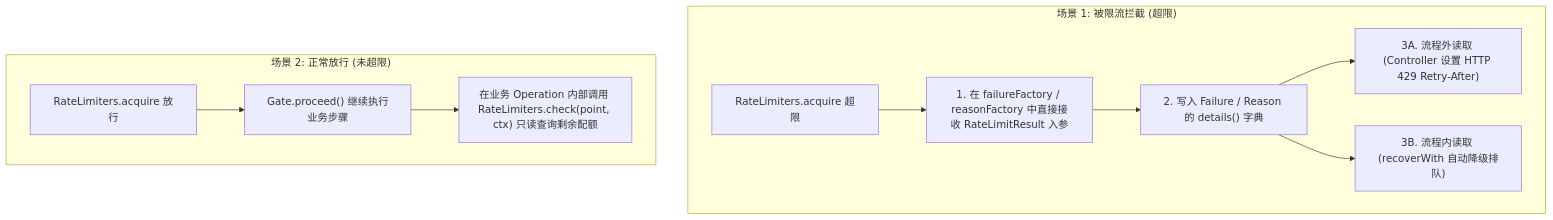
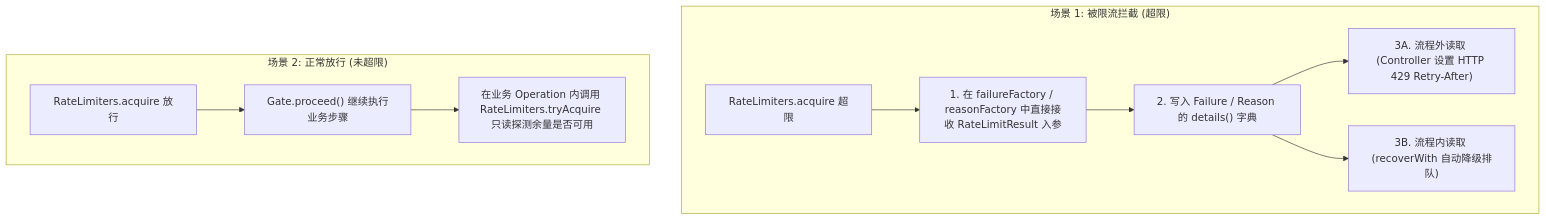
One commit to team4u/team4u-framework changed the second of 2 diagrams in docs/flow/policy-ratelimiter.md. Above: the diagram before and after it, drawn with Mermaid. The commit also changed other lines of this file and 121 other files, not shown here.

First line of the commit message:
refactor(flow): 流程框架深度审查修复与破坏性重构

````diff
--- a/docs/flow/policy-ratelimiter.md
+++ b/docs/flow/policy-ratelimiter.md
@@ -139,14 +146,14 @@
 ```mermaid
 graph TD
     subgraph "场景 1: 被限流拦截 (超限)"
         ACQ1["RateLimiters.acquire 超限"] --> FF["1. 在 failureFactory / reasonFactory 中直接接收 RateLimitResult 入参"]
         FF --> DET["2. 写入 Failure / Reason 的 details() 字典"]
         DET --> EXT["3A. 流程外读取 (Controller 设置 HTTP 429 Retry-After)"]
         DET --> REC["3B. 流程内读取 (recoverWith 自动降级排队)"]
     end
 
     subgraph "场景 2: 正常放行 (未超限)"
         ACQ2["RateLimiters.acquire 放行"] --> PROCEED["Gate.proceed() 继续执行业务步骤"]
-        PROCEED --> CHK["在业务 Operation 内部调用 RateLimiters.check(point, ctx) 只读查询剩余配额"]
+        PROCEED --> CHK["在业务 Operation 内调用 RateLimiters.tryAcquire 只读探测余量是否可用"]
     end
 ```
````
